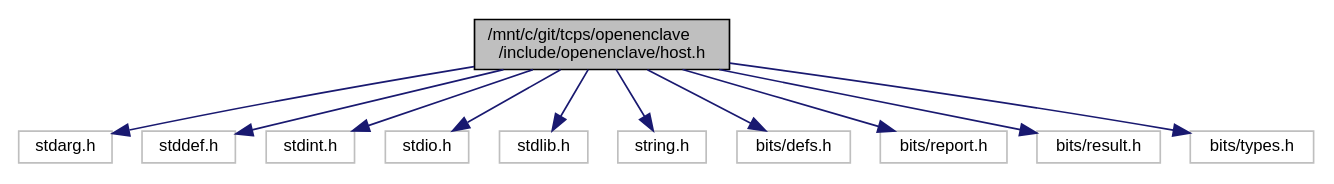
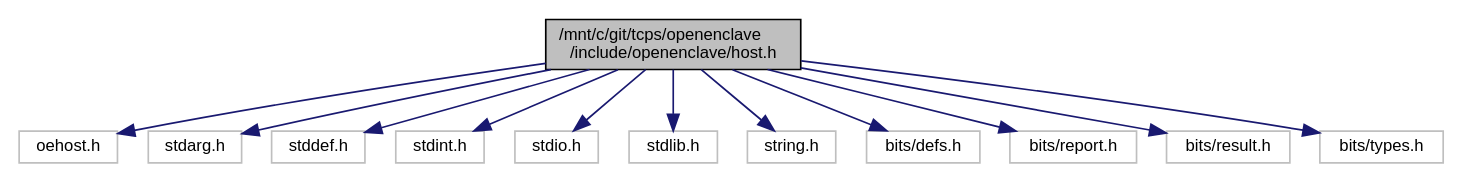
The diagram in docs/api/host_8h__incl.dot (openenclave/openenclave), drawn with Graphviz before and after one commit. The commit also changed 82 other files, not shown here.

```diff
--- a/docs/api/host_8h__incl.dot
+++ b/docs/api/host_8h__incl.dot
@@ -1,26 +1,28 @@
 digraph "/mnt/c/git/tcps/openenclave/include/openenclave/host.h"
 {
   edge [fontname="Helvetica",fontsize="10",labelfontname="Helvetica",labelfontsize="10"];
   node [fontname="Helvetica",fontsize="10",shape=record];
   Node1 [label="/mnt/c/git/tcps/openenclave\l/include/openenclave/host.h",height=0.2,width=0.4,color="black", fillcolor="grey75", style="filled", fontcolor="black"];
   Node1 -> Node2 [color="midnightblue",fontsize="10",style="solid",fontname="Helvetica"];
-  Node2 [label="stdarg.h",height=0.2,width=0.4,color="grey75", fillcolor="white", style="filled"];
+  Node2 [label="oehost.h",height=0.2,width=0.4,color="grey75", fillcolor="white", style="filled"];
   Node1 -> Node3 [color="midnightblue",fontsize="10",style="solid",fontname="Helvetica"];
-  Node3 [label="stddef.h",height=0.2,width=0.4,color="grey75", fillcolor="white", style="filled"];
+  Node3 [label="stdarg.h",height=0.2,width=0.4,color="grey75", fillcolor="white", style="filled"];
   Node1 -> Node4 [color="midnightblue",fontsize="10",style="solid",fontname="Helvetica"];
-  Node4 [label="stdint.h",height=0.2,width=0.4,color="grey75", fillcolor="white", style="filled"];
+  Node4 [label="stddef.h",height=0.2,width=0.4,color="grey75", fillcolor="white", style="filled"];
   Node1 -> Node5 [color="midnightblue",fontsize="10",style="solid",fontname="Helvetica"];
-  Node5 [label="stdio.h",height=0.2,width=0.4,color="grey75", fillcolor="white", style="filled"];
+  Node5 [label="stdint.h",height=0.2,width=0.4,color="grey75", fillcolor="white", style="filled"];
   Node1 -> Node6 [color="midnightblue",fontsize="10",style="solid",fontname="Helvetica"];
-  Node6 [label="stdlib.h",height=0.2,width=0.4,color="grey75", fillcolor="white", style="filled"];
+  Node6 [label="stdio.h",height=0.2,width=0.4,color="grey75", fillcolor="white", style="filled"];
   Node1 -> Node7 [color="midnightblue",fontsize="10",style="solid",fontname="Helvetica"];
-  Node7 [label="string.h",height=0.2,width=0.4,color="grey75", fillcolor="white", style="filled"];
+  Node7 [label="stdlib.h",height=0.2,width=0.4,color="grey75", fillcolor="white", style="filled"];
   Node1 -> Node8 [color="midnightblue",fontsize="10",style="solid",fontname="Helvetica"];
-  Node8 [label="bits/defs.h",height=0.2,width=0.4,color="grey75", fillcolor="white", style="filled"];
+  Node8 [label="string.h",height=0.2,width=0.4,color="grey75", fillcolor="white", style="filled"];
   Node1 -> Node9 [color="midnightblue",fontsize="10",style="solid",fontname="Helvetica"];
-  Node9 [label="bits/report.h",height=0.2,width=0.4,color="grey75", fillcolor="white", style="filled"];
+  Node9 [label="bits/defs.h",height=0.2,width=0.4,color="grey75", fillcolor="white", style="filled"];
   Node1 -> Node10 [color="midnightblue",fontsize="10",style="solid",fontname="Helvetica"];
-  Node10 [label="bits/result.h",height=0.2,width=0.4,color="grey75", fillcolor="white", style="filled"];
+  Node10 [label="bits/report.h",height=0.2,width=0.4,color="grey75", fillcolor="white", style="filled"];
   Node1 -> Node11 [color="midnightblue",fontsize="10",style="solid",fontname="Helvetica"];
-  Node11 [label="bits/types.h",height=0.2,width=0.4,color="grey75", fillcolor="white", style="filled"];
+  Node11 [label="bits/result.h",height=0.2,width=0.4,color="grey75", fillcolor="white", style="filled"];
+  Node1 -> Node12 [color="midnightblue",fontsize="10",style="solid",fontname="Helvetica"];
+  Node12 [label="bits/types.h",height=0.2,width=0.4,color="grey75", fillcolor="white", style="filled"];
 }
```
